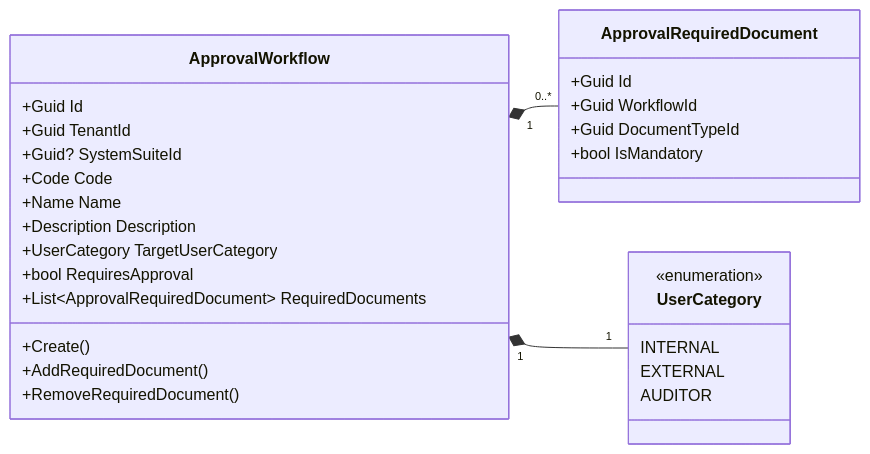
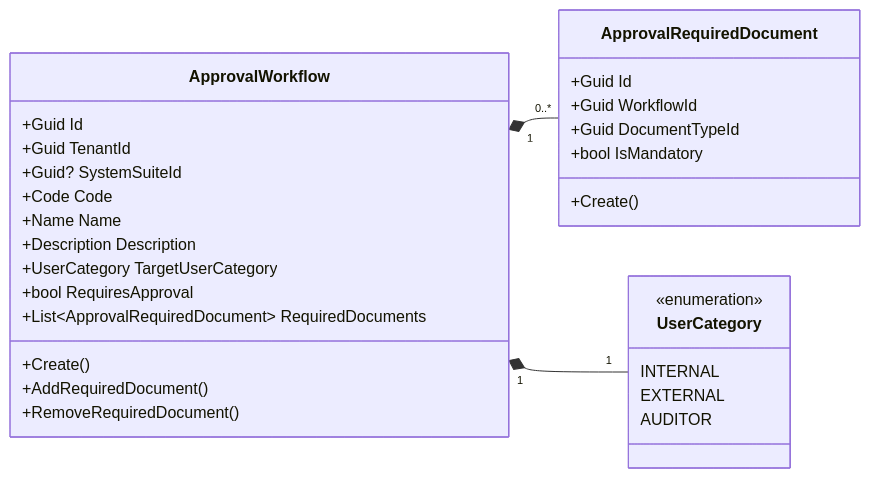
Before and after one commit to beyondnetcode/ums: the first of 3 diagrams in docs/domain-es/approvals/approval-workflow.md, drawn with Mermaid. The commit also changed other lines of this file and 19 other files, not shown here.

````diff
--- a/docs/domain-es/approvals/approval-workflow.md
+++ b/docs/domain-es/approvals/approval-workflow.md
@@ -81,32 +92,33 @@
 ```mermaid
 classDiagram
     direction LR
     class ApprovalWorkflow {
         +Guid Id
         +Guid TenantId
         +Guid? SystemSuiteId
         +Code Code
         +Name Name
         +Description Description
         +UserCategory TargetUserCategory
         +bool RequiresApproval
         +List~ApprovalRequiredDocument~ RequiredDocuments
         +Create()
         +AddRequiredDocument()
         +RemoveRequiredDocument()
     }
     class UserCategory {
         <<enumeration>>
         INTERNAL
         EXTERNAL
         AUDITOR
     }
     class ApprovalRequiredDocument {
         +Guid Id
         +Guid WorkflowId
         +Guid DocumentTypeId
         +bool IsMandatory
+        +Create()
     }
     ApprovalWorkflow "1" *-- "0..*" ApprovalRequiredDocument
     ApprovalWorkflow "1" *-- "1" UserCategory
 ```
````
